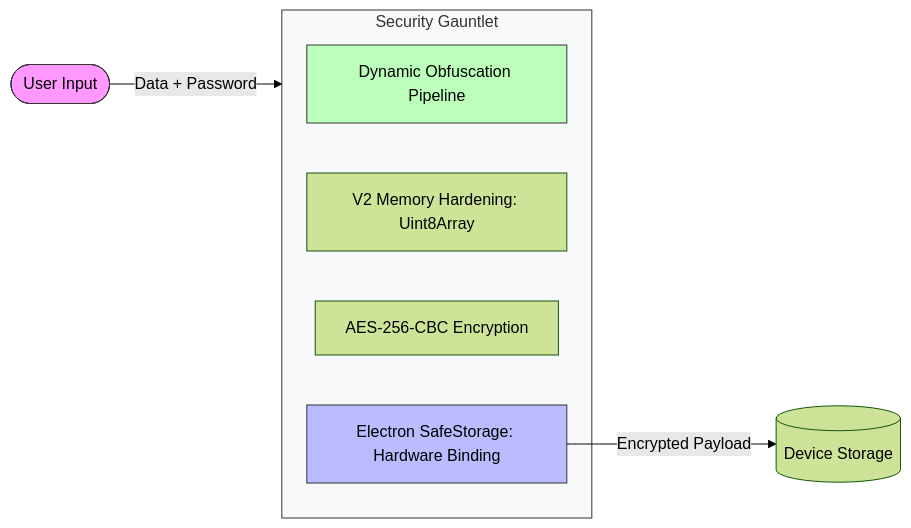
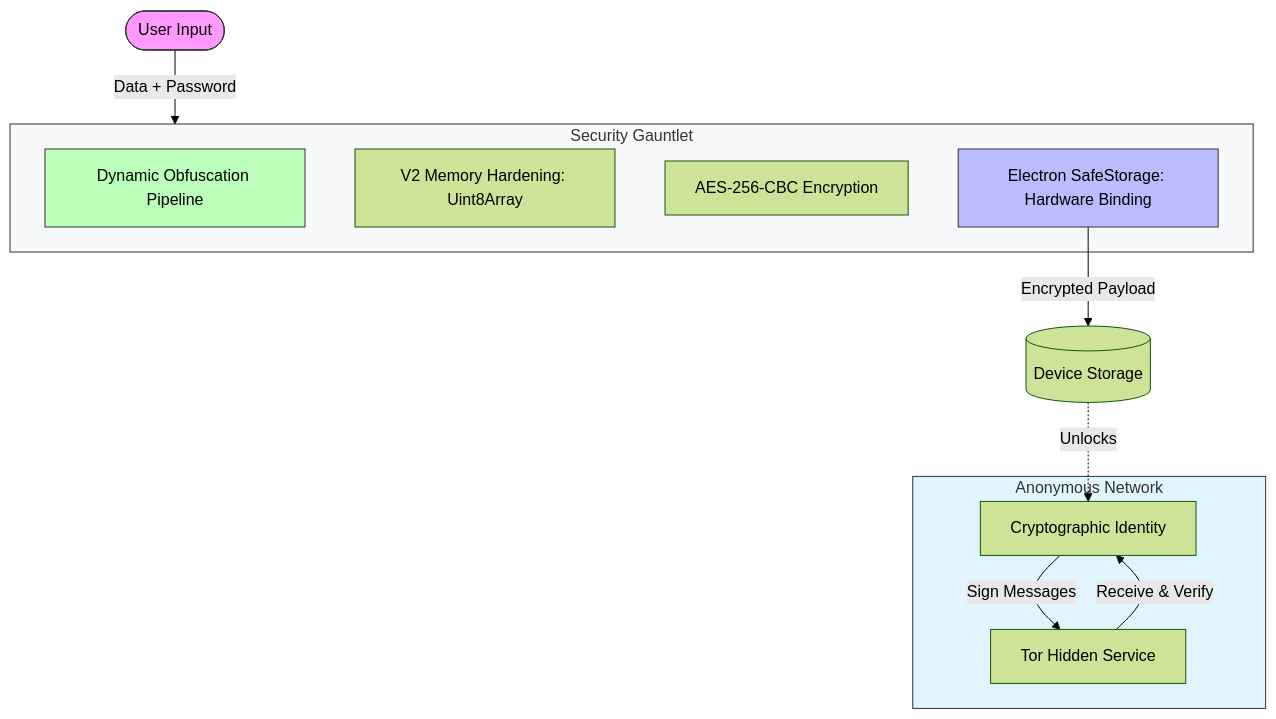
One commit to Kryklin/darkstar changed the first of 5 diagrams in DARKSTAR_ARCHITECTURE.md. Above: the diagram before and after it, drawn with Mermaid (forest theme). The commit also changed other lines of this file and 39 other files, not shown here.

````diff
--- a/DARKSTAR_ARCHITECTURE.md
+++ b/DARKSTAR_ARCHITECTURE.md
@@ -29,18 +33,28 @@
 ```mermaid
-graph LR
+graph TD
     User([User Input]) -->|Data + Password| Layers[Multi-Layer Protection]
 
     subgraph Layers [Security Gauntlet]
         Obf[Dynamic Obfuscation Pipeline]
         MemH[V2 Memory Hardening: Uint8Array]
         AES[AES-256-CBC Encryption]
         Safe[Electron SafeStorage: Hardware Binding]
     end
 
     Safe -->|Encrypted Payload| Storage[(Device Storage)]
+    
+    subgraph P2P [Anonymous Network]
+        Id[Cryptographic Identity]
+        Tor[Tor Hidden Service]
+    end
+
+    Storage -.->|Unlocks| Id
+    Id -->|Sign Messages| Tor
+    Tor -->|Receive & Verify| Id
 
     style User fill:#f9f,stroke:#333
     style Layers fill:#f8f9fa,stroke:#333
     style Safe fill:#bbf,stroke:#333
     style Obf fill:#bfb,stroke:#333
+    style P2P fill:#e1f5fe,stroke:#333
 ```
````
